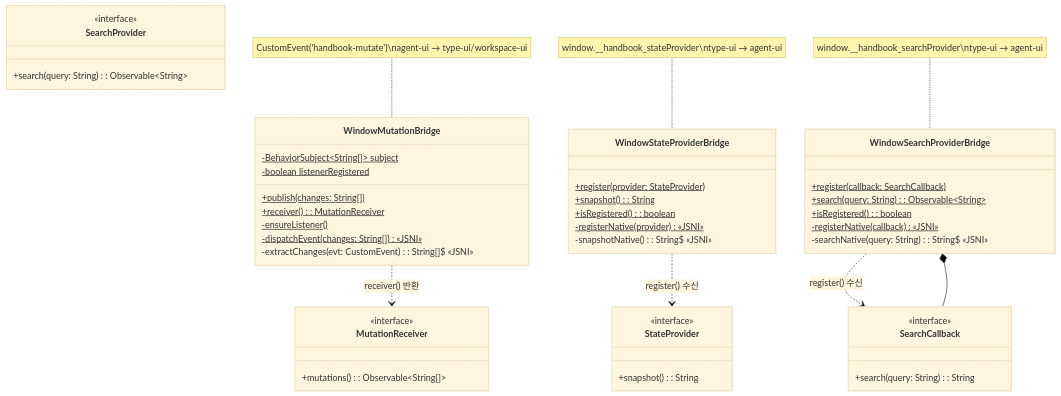
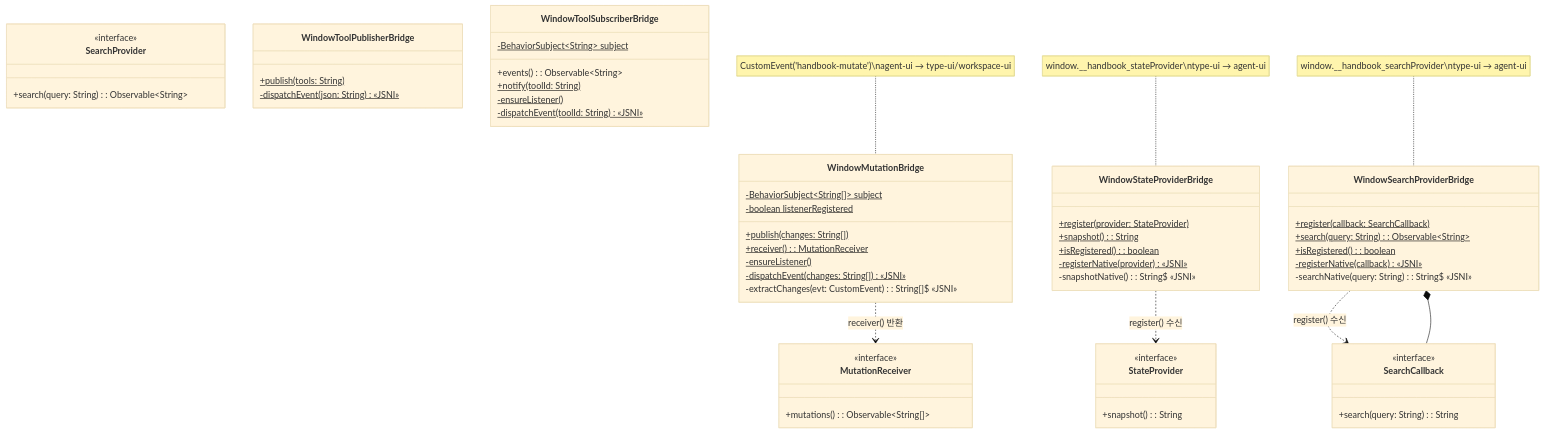
The diagram in agent-bridge/CLASS-DIAGRAM.md (sayaya1090/handbook), drawn with Mermaid (base theme) before and after one commit. The commit also changed 9 other files, not shown here.

````diff
--- a/agent-bridge/CLASS-DIAGRAM.md
+++ b/agent-bridge/CLASS-DIAGRAM.md
@@ -3,57 +3,70 @@
 ```mermaid
 classDiagram
     class MutationReceiver {
         <<interface>>
         +mutations(): Observable~String[]~
     }
 
     class StateProvider {
         <<interface>>
         +snapshot(): String
     }
 
     class SearchProvider {
         <<interface>>
         +search(query: String): Observable~String~
     }
 
     class WindowMutationBridge {
         -BehaviorSubject~String[]~ subject$
         -boolean listenerRegistered$
         +publish(changes: String[])$
         +receiver(): MutationReceiver$
         -ensureListener()$
         -dispatchEvent(changes: String[])$ «JSNI»
         -extractChanges(evt: CustomEvent): String[]$ «JSNI»
     }
 
     class WindowStateProviderBridge {
         +register(provider: StateProvider)$
         +snapshot(): String$
         +isRegistered(): boolean$
         -registerNative(provider)$ «JSNI»
         -snapshotNative(): String$ «JSNI»
     }
 
     class WindowSearchProviderBridge {
         +register(callback: SearchCallback)$
         +search(query: String): Observable~String~$
         +isRegistered(): boolean$
         -registerNative(callback)$ «JSNI»
         -searchNative(query: String): String$ «JSNI»
     }
 
+    class WindowToolPublisherBridge {
+        +publish(tools: String)$
+        -dispatchEvent(json: String)$ «JSNI»
+    }
+
+    class WindowToolSubscriberBridge {
+        -BehaviorSubject~String~ subject$
+        +events(): Observable~String~
+        +notify(toolId: String)$
+        -ensureListener()$
+        -dispatchEvent(toolId: String)$ «JSNI»
+    }
+
     class SearchCallback {
         <<interface>>
         +search(query: String): String
     }
 
     WindowMutationBridge ..> MutationReceiver : receiver() 반환
     WindowStateProviderBridge ..> StateProvider : register() 수신
     WindowSearchProviderBridge ..> SearchCallback : register() 수신
     WindowSearchProviderBridge *-- SearchCallback
 
     note for WindowMutationBridge "CustomEvent('handbook-mutate')\nagent-ui → type-ui/workspace-ui"
     note for WindowStateProviderBridge "window.__handbook_stateProvider\ntype-ui → agent-ui"
     note for WindowSearchProviderBridge "window.__handbook_searchProvider\ntype-ui → agent-ui"
 ```
````
